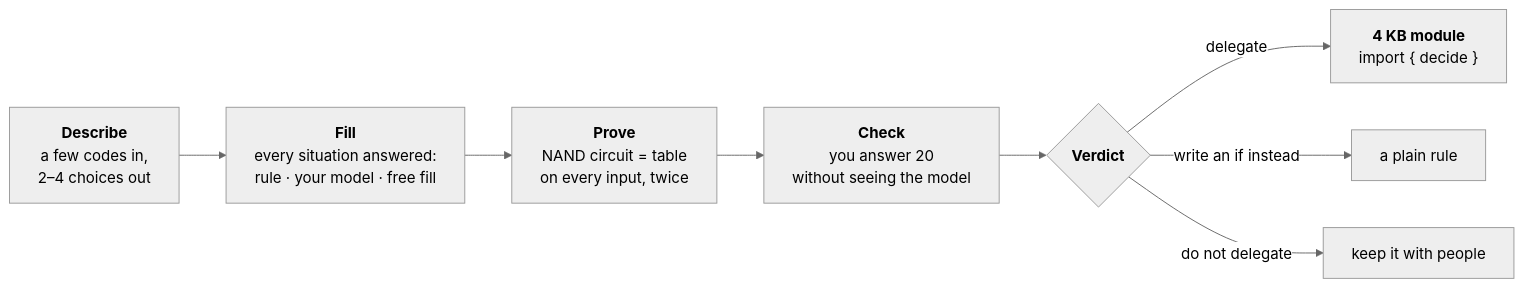
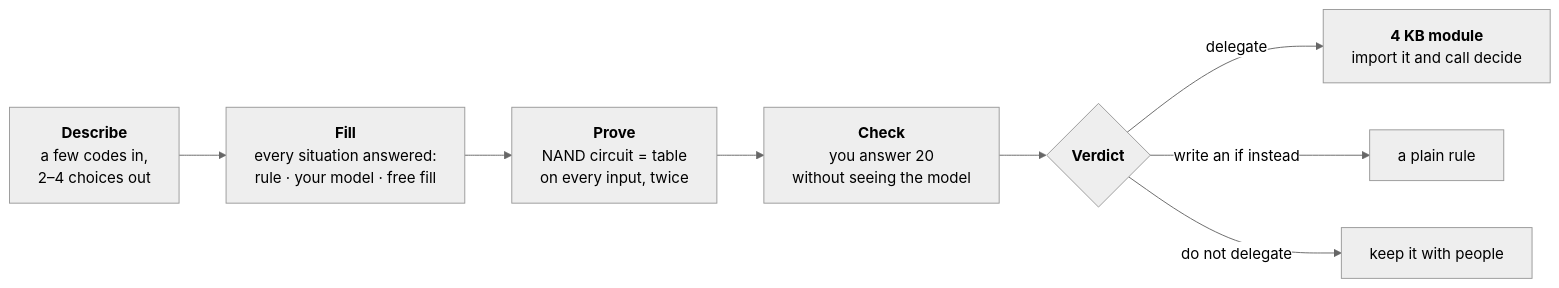
One commit to BruceLanLan/gatecraft changed the diagram in README.md. Above: the diagram before and after it, drawn with Mermaid (neutral theme). The commit also changed 1 other file, not shown here.

Commit message:
Keep braces out of the README flow diagram's labels
GitHub renders the diagram on a host this machine cannot reach, so it could
not be checked here; the one construct that could trip the parser - braces
inside a node label - is gone from both languages.

````diff
--- a/README.md
+++ b/README.md
@@ -60,10 +60,10 @@
 ```mermaid
 flowchart LR
   A["<b>Describe</b><br/>a few codes in,<br/>2–4 choices out"] --> B["<b>Fill</b><br/>every situation answered:<br/>rule · your model · free fill"]
   B --> C["<b>Prove</b><br/>NAND circuit = table<br/>on every input, twice"]
   C --> D["<b>Check</b><br/>you answer 20<br/>without seeing the model"]
   D --> E{"<b>Verdict</b>"}
-  E -->|delegate| F["<b>4 KB module</b><br/>import { decide }"]
+  E -->|delegate| F["<b>4 KB module</b><br/>import it and call decide"]
   E -->|write an if instead| G["a plain rule"]
   E -->|do not delegate| H["keep it with people"]
 ```
````
